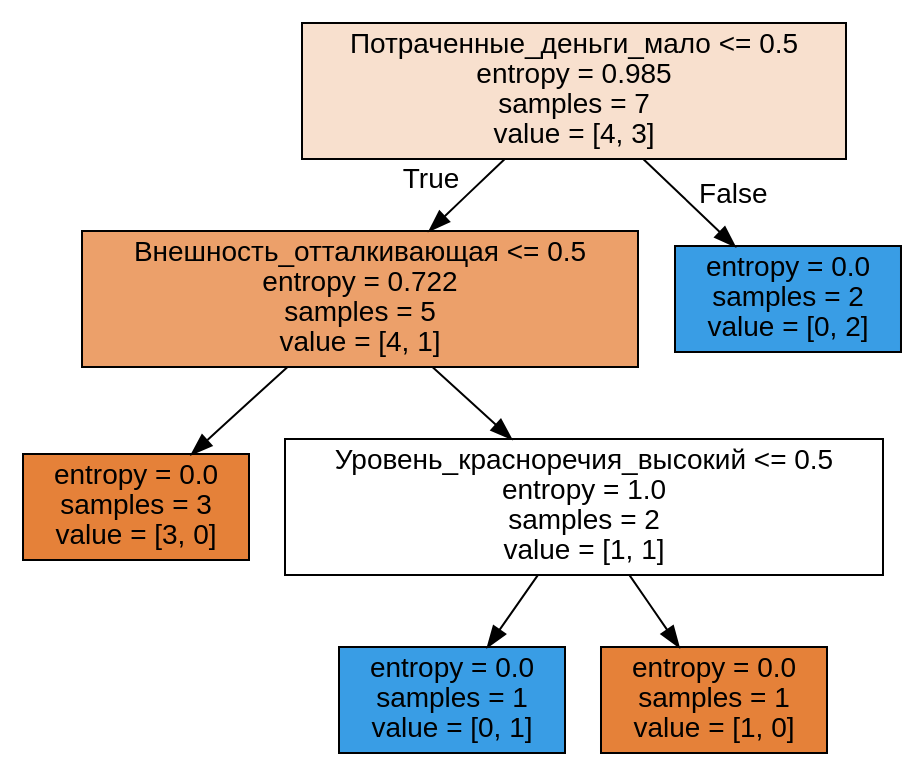
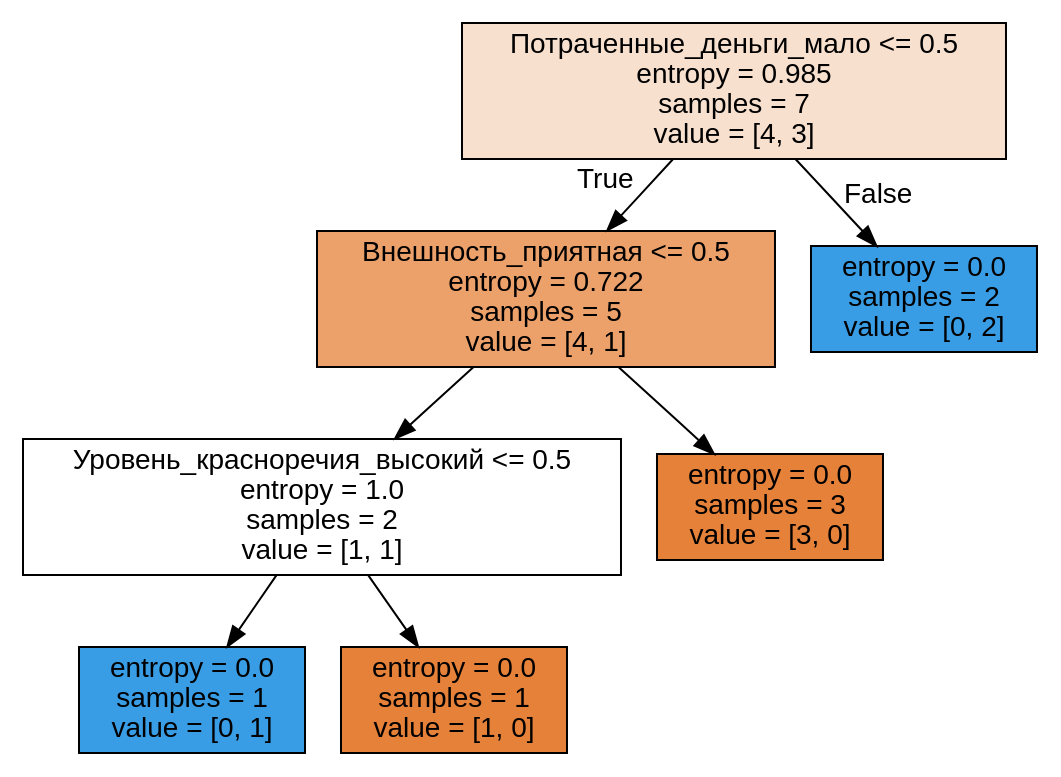
One commit to BratKAS/BigData-DataScience changed the diagram in jupyter_russian/assignments_demo/tree_1.dot. Above: the diagram before and after it, drawn with Graphviz. The commit also changed 3 other files, not shown here.

```diff
--- a/jupyter_russian/assignments_demo/tree_1.dot
+++ b/jupyter_russian/assignments_demo/tree_1.dot
@@ -1,17 +1,17 @@
 digraph Tree {
 node [shape=box, style="filled", color="black", fontname="helvetica"] ;
 edge [fontname="helvetica"] ;
 0 [label="Потраченные_деньги_мало <= 0.5\nentropy = 0.985\nsamples = 7\nvalue = [4, 3]", fillcolor="#f8e0ce"] ;
-1 [label="Внешность_отталкивающая <= 0.5\nentropy = 0.722\nsamples = 5\nvalue = [4, 1]", fillcolor="#eca06a"] ;
+1 [label="Внешность_приятная <= 0.5\nentropy = 0.722\nsamples = 5\nvalue = [4, 1]", fillcolor="#eca06a"] ;
 0 -> 1 [labeldistance=2.5, labelangle=45, headlabel="True"] ;
-2 [label="entropy = 0.0\nsamples = 3\nvalue = [3, 0]", fillcolor="#e58139"] ;
+2 [label="Уровень_красноречия_высокий <= 0.5\nentropy = 1.0\nsamples = 2\nvalue = [1, 1]", fillcolor="#ffffff"] ;
 1 -> 2 ;
-3 [label="Уровень_красноречия_высокий <= 0.5\nentropy = 1.0\nsamples = 2\nvalue = [1, 1]", fillcolor="#ffffff"] ;
-1 -> 3 ;
-4 [label="entropy = 0.0\nsamples = 1\nvalue = [0, 1]", fillcolor="#399de5"] ;
-3 -> 4 ;
-5 [label="entropy = 0.0\nsamples = 1\nvalue = [1, 0]", fillcolor="#e58139"] ;
-3 -> 5 ;
+3 [label="entropy = 0.0\nsamples = 1\nvalue = [0, 1]", fillcolor="#399de5"] ;
+2 -> 3 ;
+4 [label="entropy = 0.0\nsamples = 1\nvalue = [1, 0]", fillcolor="#e58139"] ;
+2 -> 4 ;
+5 [label="entropy = 0.0\nsamples = 3\nvalue = [3, 0]", fillcolor="#e58139"] ;
+1 -> 5 ;
 6 [label="entropy = 0.0\nsamples = 2\nvalue = [0, 2]", fillcolor="#399de5"] ;
 0 -> 6 [labeldistance=2.5, labelangle=-45, headlabel="False"] ;
 }
```
